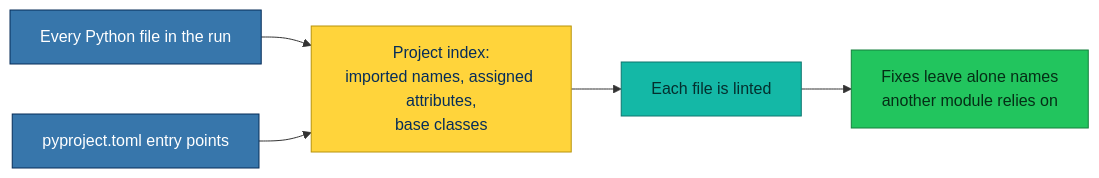
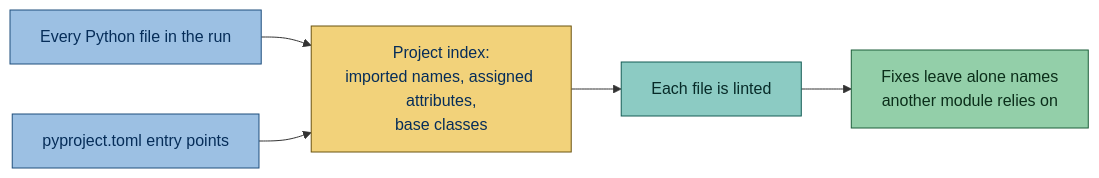
Before and after one commit to gaborbernat/simplint: the diagram in docs/rules.rst, drawn with Mermaid. The commit also changed 6 other files, not shown here.

```diff
--- a/docs/rules.rst
+++ b/docs/rules.rst
@@ -27,16 +27,16 @@
 .. mermaid::
 
     flowchart LR
         files["Every Python file in the run"] --> index["Project index:<br/>imported names, assigned attributes,<br/>base classes"]
         entry["pyproject.toml entry points"] --> index
         index --> lint["Each file is linted"]
         lint --> fix["Fixes leave alone names<br/>another module relies on"]
-        classDef blue fill:#3776ab,stroke:#062d59,color:#ffffff
-        classDef yellow fill:#ffd43b,stroke:#b8930b,color:#062d59
-        classDef green fill:#22c55e,stroke:#15803d,color:#052e16
-        classDef teal fill:#14b8a6,stroke:#0f766e,color:#042f2e
-        classDef orange fill:#f97316,stroke:#c2410c,color:#431407
+        classDef blue fill:#9cc0e3,stroke:#1f4f7d,color:#062d59
+        classDef yellow fill:#f2d27a,stroke:#6b5410,color:#062d59
+        classDef green fill:#93cfa9,stroke:#1d5e3a,color:#0b2e1a
+        classDef teal fill:#8ccbc3,stroke:#145c55,color:#072b28
+        classDef orange fill:#f0b48c,stroke:#8a3d12,color:#3d1606
         class files,entry blue
         class index yellow
         class lint teal
         class fix green
```
